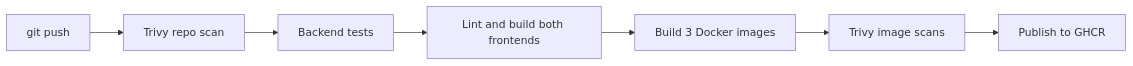
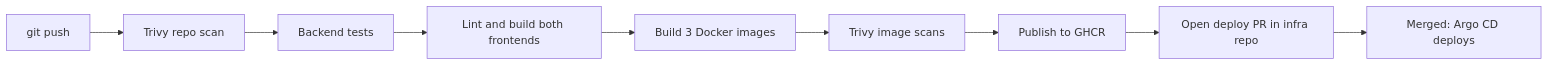
The second of 2 diagrams in README.md (paighanutkarsh2410-lab/swiggy-devsecops-app), drawn with Mermaid before and after one commit. The commit also changed other lines of this file and 2 other files, not shown here.

First line of the commit message:
Open a deploy pull request in the infra repo after publishing images (#20)

````diff
--- a/README.md
+++ b/README.md
@@ -31,9 +31,11 @@
 ```mermaid
 flowchart LR
     Push[git push] --> Scan[Trivy repo scan]
     Scan --> Test[Backend tests]
     Test --> Build[Lint and build both frontends]
     Build --> Images[Build 3 Docker images]
     Images --> ImageScan[Trivy image scans]
     ImageScan --> GHCR[Publish to GHCR]
+    GHCR --> InfraPR[Open deploy PR in infra repo]
+    InfraPR --> Argo[Merged: Argo CD deploys]
 ```
````
